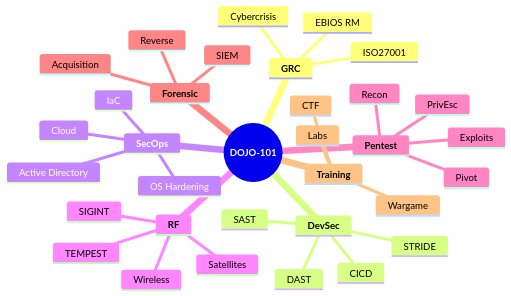
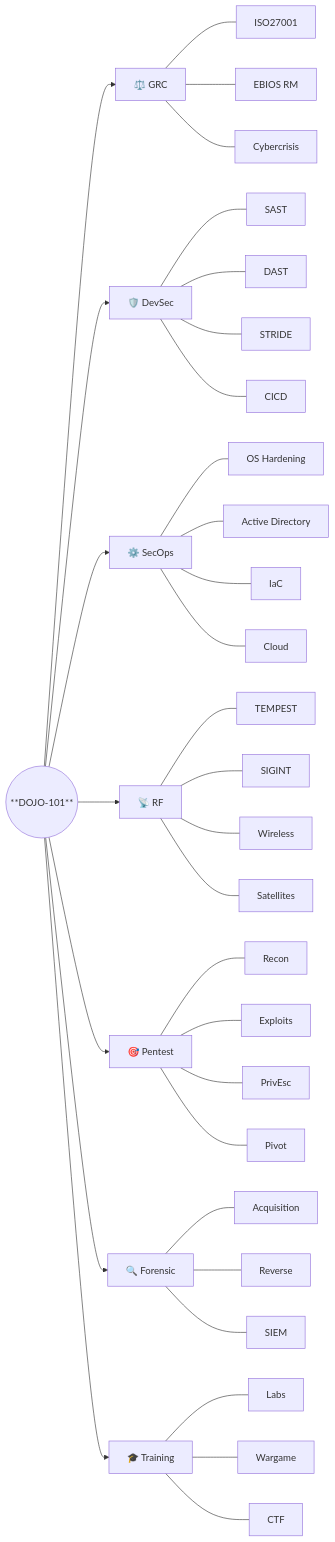
One commit to Aif4thah/Dojo-101 changed the diagram in README.md. Above: the diagram before and after it, drawn with Mermaid. The commit also changed 1 other file, not shown here.

Commit message:
dbg contraste

````diff
--- a/README.md
+++ b/README.md
@@ -57,43 +57,43 @@
 ```mermaid
-mindmap
-  root((**DOJO-101**))
+flowchart LR
+    DOJO((**DOJO-101**))
 
-    **GRC**
-      ISO27001
-      EBIOS RM
-      Cybercrisis
+    DOJO --> GRC["⚖️ GRC"]
+    GRC --- GRC1[ISO27001]
+    GRC --- GRC2[EBIOS RM]
+    GRC --- GRC3[Cybercrisis]
 
-    **DevSec**
-      SAST
-      DAST
-      STRIDE
-      CICD
+    DOJO --> DevSec["🛡️ DevSec"]
+    DevSec --- DS1[SAST]
+    DevSec --- DS2[DAST]
+    DevSec --- DS3[STRIDE]
+    DevSec --- DS4[CICD]
 
-    **SecOps**
-      OS Hardening
-      Active Directory
-      IaC
-      Cloud
+    DOJO --> SecOps["⚙️ SecOps"]
+    SecOps --- SO1[OS Hardening]
+    SecOps --- SO2[Active Directory]
+    SecOps --- SO3[IaC]
+    SecOps --- SO4[Cloud]
 
-    **RF**
-      TEMPEST
-      SIGINT
-      Wireless
-      Satellites
+    DOJO --> RF["📡 RF"]
+    RF --- RF1[TEMPEST]
+    RF --- RF2[SIGINT]
+    RF --- RF3[Wireless]
+    RF --- RF4[Satellites]
 
-    **Pentest**
-      Recon
-      Exploits
-      PrivEsc
-      Pivot
+    DOJO --> Pentest["🎯 Pentest"]
+    Pentest --- PT1[Recon]
+    Pentest --- PT2[Exploits]
+    Pentest --- PT3[PrivEsc]
+    Pentest --- PT4[Pivot]
 
-    **Forensic**
-      Acquisition
-      Reverse
-      SIEM
+    DOJO --> Forensic["🔍 Forensic"]
+    Forensic --- FO1[Acquisition]
+    Forensic --- FO2[Reverse]
+    Forensic --- FO3[SIEM]
 
-    **Training**
-      Labs
-      Wargame
-      CTF
+    DOJO --> Training["🎓 Training"]
+    Training --- TR1[Labs]
+    Training --- TR2[Wargame]
+    Training --- TR3[CTF]
 ```
````
